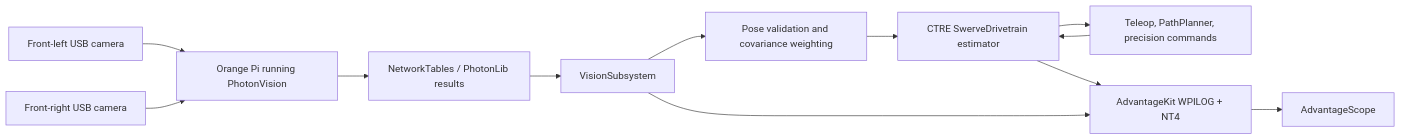
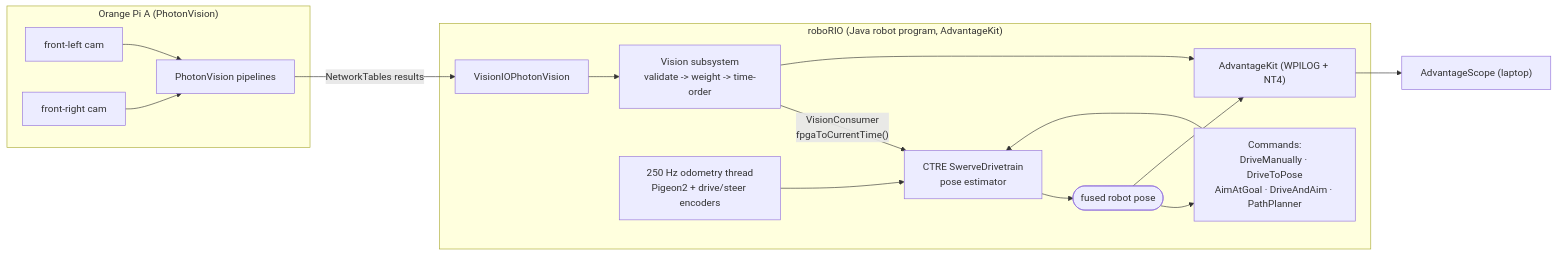
One commit to FRC999/2027Prototyping changed the diagram in MechaRAMS vision system/ARCHITECTURE_AND_DEPLOYMENT.md. Above: the diagram before and after it, drawn with Mermaid. The commit also changed other lines of this file and 40 other files, not shown here.

````diff
--- a/MechaRAMS vision system/ARCHITECTURE_AND_DEPLOYMENT.md
+++ b/MechaRAMS vision system/ARCHITECTURE_AND_DEPLOYMENT.md
@@ -31,14 +50,19 @@
 ```mermaid
 flowchart LR
-  C1["Front-left USB camera"] --> OPi["Orange Pi running PhotonVision"]
-  C2["Front-right USB camera"] --> OPi
-  OPi --> NT["NetworkTables / PhotonLib results"]
-  NT --> Vision["VisionSubsystem"]
-  Vision --> Gate["Pose validation and covariance weighting"]
-  Gate --> Drive["CTRE SwerveDrivetrain estimator"]
-  Drive --> Commands["Teleop, PathPlanner, precision commands"]
-  Commands --> Drive
-  Drive --> Logs["AdvantageKit WPILOG + NT4"]
-  Vision --> Logs
-  Logs --> Scope["AdvantageScope"]
+  subgraph PiA["Orange Pi A (PhotonVision)"]
+    CL["front-left cam"] --> PV["PhotonVision pipelines"]
+    CR["front-right cam"] --> PV
+  end
+  PV -->|"NetworkTables results"| IOREAL["VisionIOPhotonVision"]
+  subgraph RIO["roboRIO  (Java robot program, AdvantageKit)"]
+    IOREAL --> VIS["Vision subsystem<br/>validate -> weight -> time-order"]
+    VIS -->|"VisionConsumer<br/>fpgaToCurrentTime()"| EST["CTRE SwerveDrivetrain<br/>pose estimator"]
+    ODO["250 Hz odometry thread<br/>Pigeon2 + drive/steer encoders"] --> EST
+    EST --> POSE(["fused robot pose"])
+    POSE --> CMD["Commands:<br/>DriveManually · DriveToPose<br/>AimAtGoal · DriveAndAim · PathPlanner"]
+    CMD --> EST
+    POSE --> LOG["AdvantageKit (WPILOG + NT4)"]
+    VIS --> LOG
+  end
+  LOG --> SCOPE["AdvantageScope (laptop)"]
 ```
````
